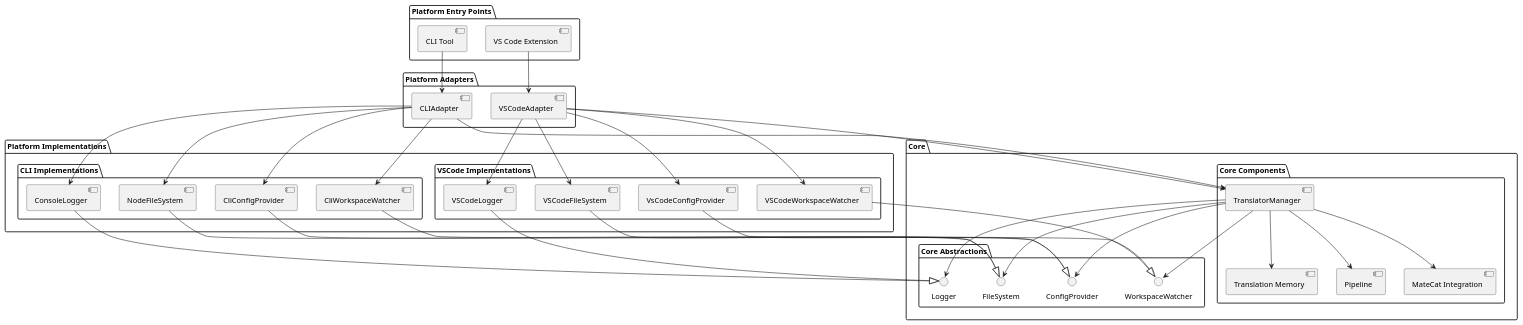
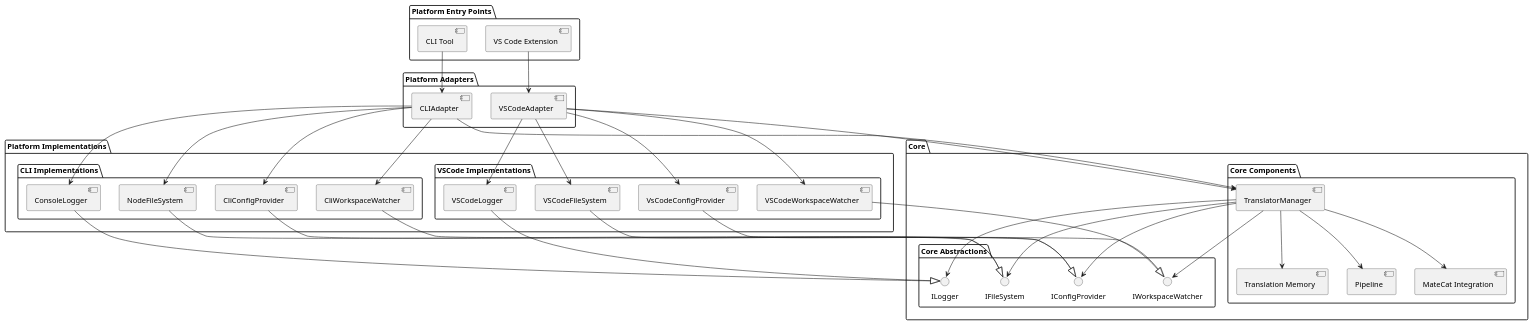
One commit to appsitu-com/i18n-translator-sync changed the first of 4 diagrams in doc/Architecture.md. Above: the diagram before and after it, drawn with PlantUML. The commit also changed other lines of this file and 99 other files, not shown here.

````diff
--- a/doc/Architecture.md
+++ b/doc/Architecture.md
@@ -17,82 +17,82 @@
 ```plantuml
 @startuml
 
 package "Platform Entry Points" {
   [VS Code Extension] as VsExt
   [CLI Tool] as CLI
 }
 
 package "Platform Adapters" {
   [VSCodeAdapter] as VsAdapter
   [CLIAdapter] as CliAdapter
 }
 
 package "Platform Implementations" {
   package "VSCode Implementations" {
     [VSCodeFileSystem]
     [VSCodeLogger]
     [VSCodeWorkspaceWatcher]
     [VsCodeConfigProvider]
   }
 
   package "CLI Implementations" {
     [NodeFileSystem]
     [ConsoleLogger]
     [CliWorkspaceWatcher]
     [CliConfigProvider]
   }
 }
 
 package "Core" {
   package "Core Components" {
     [TranslatorManager]
     [Pipeline]
     [MateCat Integration]
     [Translation Memory]
   }
 
   package "Core Abstractions" {
-    interface "FileSystem" as IFileSystem
-    interface "Logger" as ILogger
-    interface "WorkspaceWatcher" as IWatcher
-    interface "ConfigProvider" as IConfig
+    interface "IFileSystem" as IFileSystem
+    interface "ILogger" as ILogger
+    interface "IWorkspaceWatcher" as IWatcher
+    interface "IConfigProvider" as IConfig
   }
 }
 
 VsExt --> VsAdapter
 CLI --> CliAdapter
 
 VsAdapter --> TranslatorManager
 CliAdapter --> TranslatorManager
 
 TranslatorManager --> Pipeline
 TranslatorManager --> "MateCat Integration"
 TranslatorManager --> "Translation Memory"
 
 TranslatorManager --> IFileSystem
 TranslatorManager --> ILogger
 TranslatorManager --> IWatcher
 TranslatorManager --> IConfig
 
 VSCodeFileSystem --|> IFileSystem
 VSCodeLogger --|> ILogger
 VSCodeWorkspaceWatcher --|> IWatcher
 VsCodeConfigProvider --|> IConfig
 
 NodeFileSystem --|> IFileSystem
 ConsoleLogger --|> ILogger
 CliWorkspaceWatcher --|> IWatcher
 CliConfigProvider --|> IConfig
 
 VsAdapter --> VSCodeFileSystem
 VsAdapter --> VSCodeLogger
 VsAdapter --> VSCodeWorkspaceWatcher
 VsAdapter --> VsCodeConfigProvider
 
 CliAdapter --> NodeFileSystem
 CliAdapter --> ConsoleLogger
 CliAdapter --> CliWorkspaceWatcher
 CliAdapter --> CliConfigProvider
 
 @enduml
 ```
````
